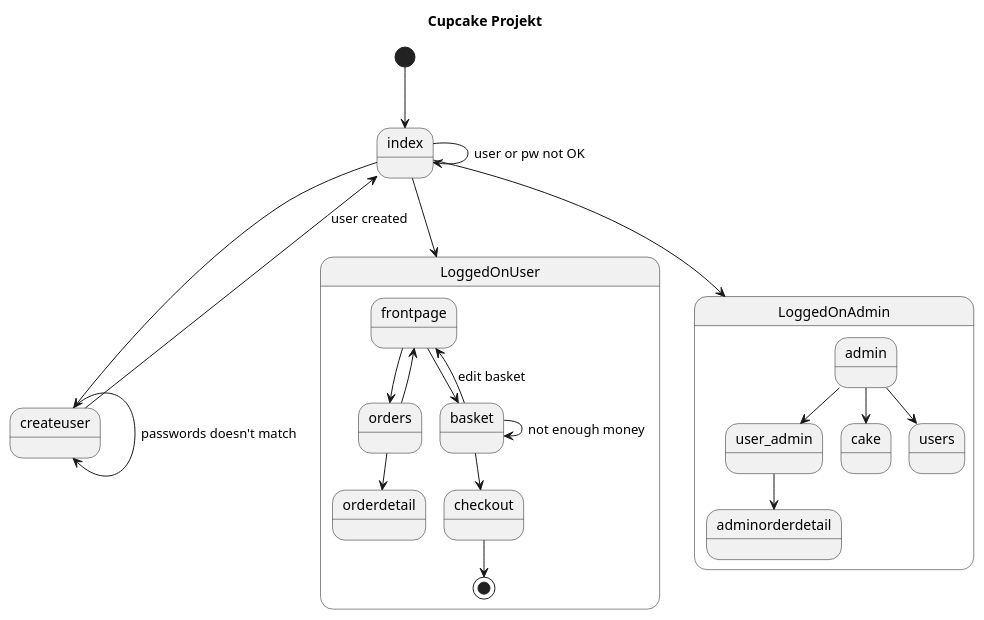
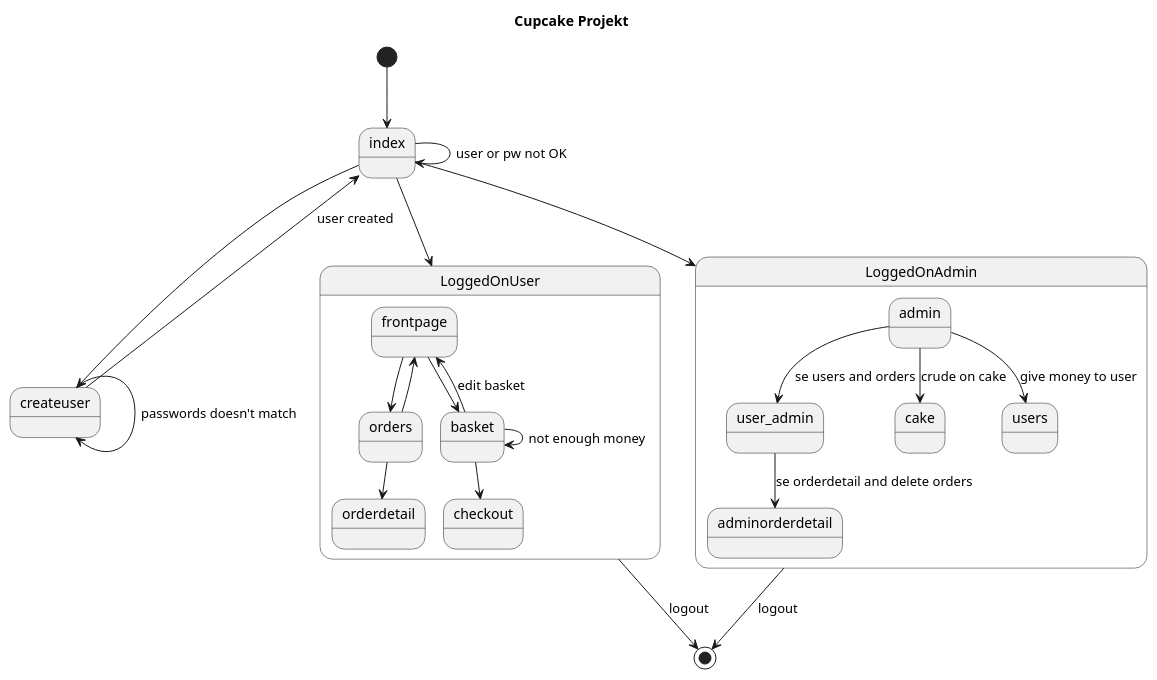
The diagram in models/CupcakeNavigationDiagram.puml (altinkaya/Cupcake), drawn with PlantUML before and after one commit. The commit also changed 2 other files, not shown here.

```diff
--- a/models/CupcakeNavigationDiagram.puml
+++ b/models/CupcakeNavigationDiagram.puml
@@ -1,52 +1,57 @@
 @startuml
 Title Cupcake Projekt
 
 State index
 
 State createuser
 
 
 [*] --> index
 index --> index : user or pw not OK
 index --> createuser
 createuser --> index : user created
 createuser --> createuser : passwords doesn't match
 index --> LoggedOnUser
 index --> LoggedOnAdmin
 
 
 
 state LoggedOnAdmin {
 state admin
 state user_admin
 state cake
 state users
 State adminorderdetail
 
-admin --> users
-admin --> cake
-admin --> user_admin
-user_admin --> adminorderdetail
+admin --> users: give money to user
+admin --> cake: crude on cake
+admin --> user_admin: se users and orders
+user_admin --> adminorderdetail: se orderdetail and delete orders
 
 
 
 }
 
 state LoggedOnUser {
 
  state frontpage
  State orderdetail
  State orders
  state basket
  state checkout
 
  frontpage --> basket
  basket --> frontpage : edit basket
  frontpage --> orders
  orders --> frontpage
  orders --> orderdetail
  basket --> basket : not enough money
  basket --> checkout
- checkout --> [*]
+
 }
+  LoggedOnUser --> [*] : logout
+  LoggedOnAdmin--> [*] : logout
+
+
+
 @enduml
```
